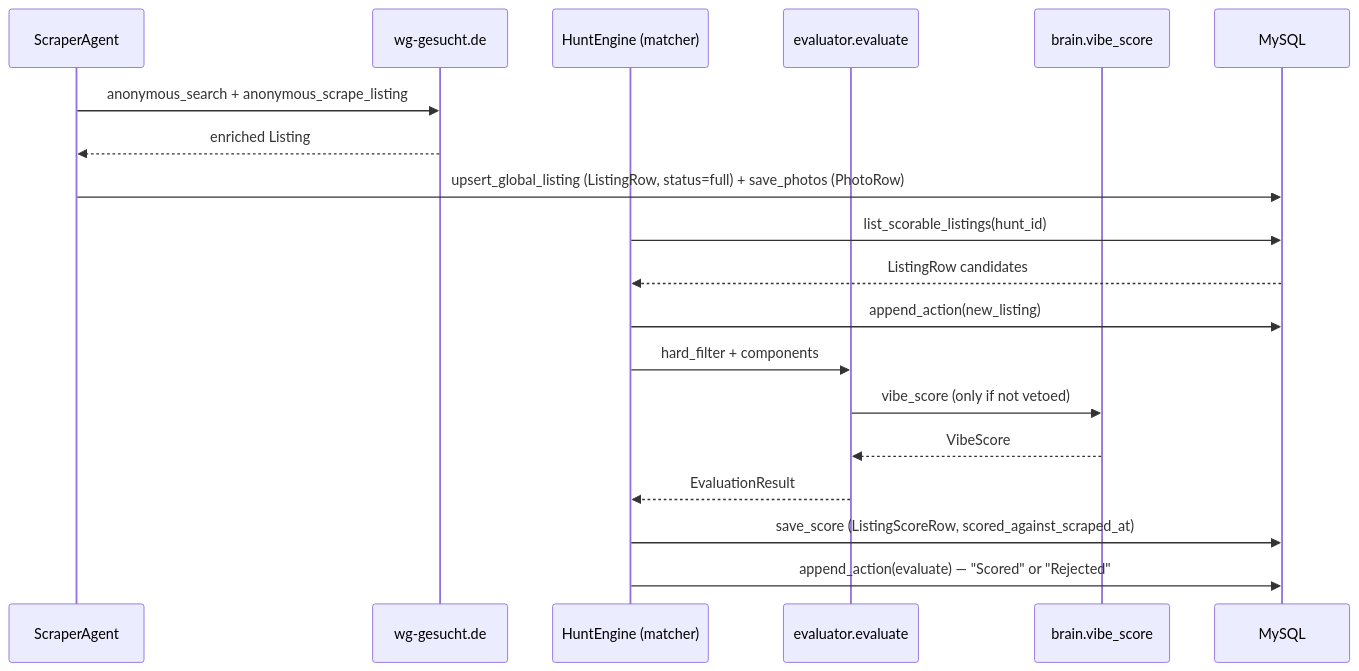
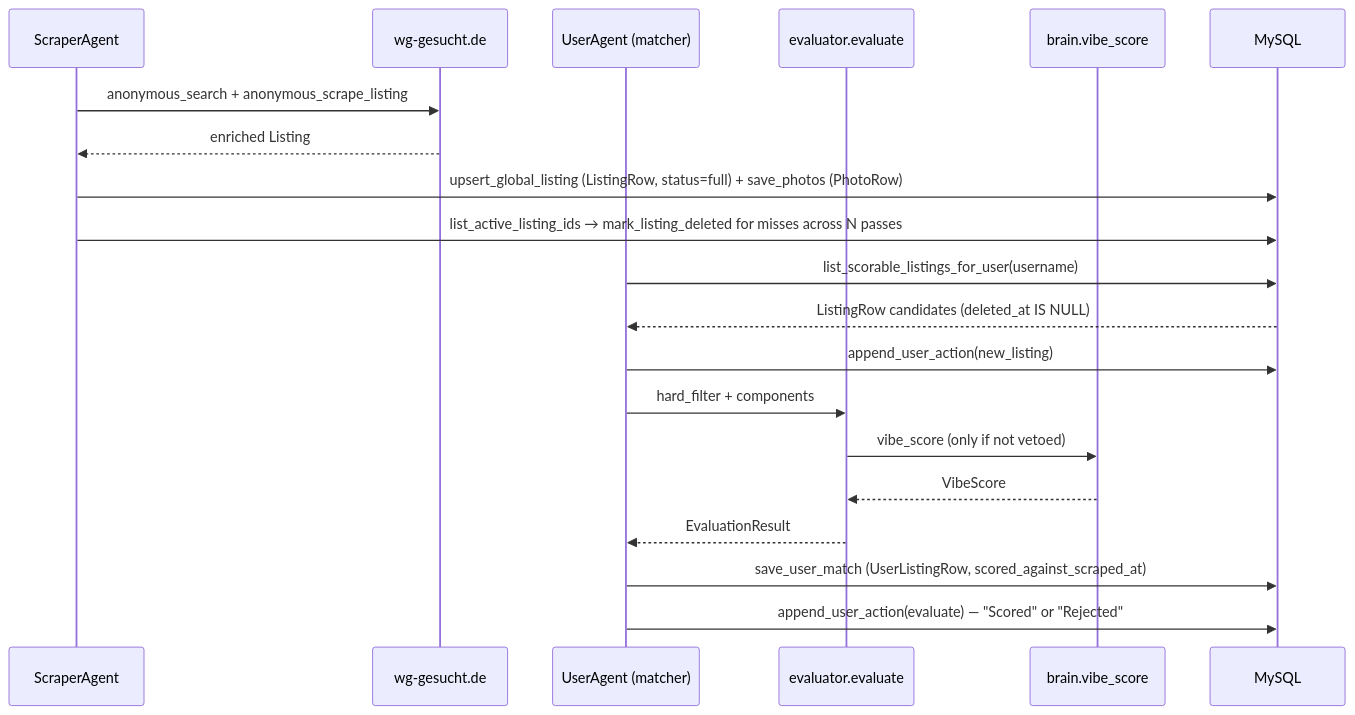
One commit to v-ya-ch-e/tumai-makeathon-2026 changed the third of 3 diagrams in docs/DATA_MODEL.md. Above: the diagram before and after it, drawn with Mermaid. The commit also changed other lines of this file and 30 other files, not shown here.

````diff
--- a/docs/DATA_MODEL.md
+++ b/docs/DATA_MODEL.md
@@ -449,23 +394,24 @@
 ```mermaid
 sequenceDiagram
   participant SA as ScraperAgent
   participant WG as wg-gesucht.de
-  participant Engine as HuntEngine (matcher)
+  participant Matcher as UserAgent (matcher)
   participant Evaluator as evaluator.evaluate
   participant Brain as brain.vibe_score
   participant DB as MySQL
 
   SA->>WG: anonymous_search + anonymous_scrape_listing
   WG-->>SA: enriched Listing
   SA->>DB: upsert_global_listing (ListingRow, status=full) + save_photos (PhotoRow)
+  SA->>DB: list_active_listing_ids → mark_listing_deleted for misses across N passes
 
-  Engine->>DB: list_scorable_listings(hunt_id)
-  DB-->>Engine: ListingRow candidates
-  Engine->>DB: append_action(new_listing)
-  Engine->>Evaluator: hard_filter + components
+  Matcher->>DB: list_scorable_listings_for_user(username)
+  DB-->>Matcher: ListingRow candidates (deleted_at IS NULL)
+  Matcher->>DB: append_user_action(new_listing)
+  Matcher->>Evaluator: hard_filter + components
   Evaluator->>Brain: vibe_score (only if not vetoed)
   Brain-->>Evaluator: VibeScore
-  Evaluator-->>Engine: EvaluationResult
-  Engine->>DB: save_score (ListingScoreRow, scored_against_scraped_at)
-  Engine->>DB: append_action(evaluate) — "Scored" or "Rejected"
+  Evaluator-->>Matcher: EvaluationResult
+  Matcher->>DB: save_user_match (UserListingRow, scored_against_scraped_at)
+  Matcher->>DB: append_user_action(evaluate) — "Scored" or "Rejected"
 ```
````
